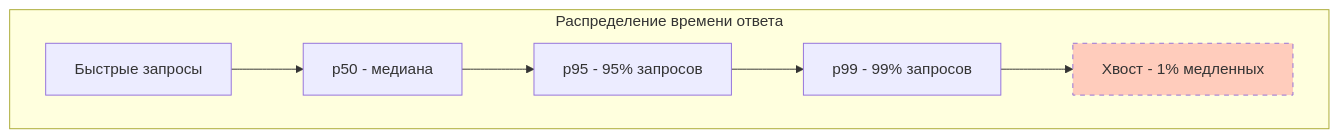
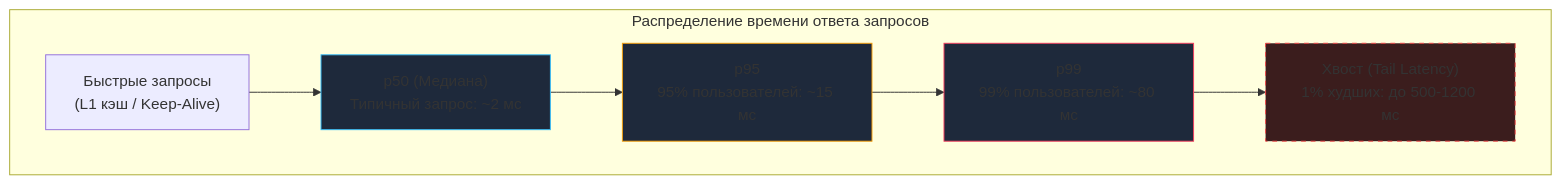
One commit to UnrealTemplier/go-textbook changed the diagram in sources/16. Профилирование, отладка и производительность/01. Фундамент/6. Метрики. p50, p95, p99.md. Above: the diagram before and after it, drawn with Mermaid. The commit also changed other lines of this file, not shown here.

````diff
--- a/sources/16. Профилирование, отладка и производительность/01. Фундамент/6. Метрики. p50, p95, p99.md
+++ b/sources/16. Профилирование, отладка и производительность/01. Фундамент/6. Метрики. p50, p95, p99.md
@@ -18,11 +44,14 @@
 ```mermaid
 flowchart TD
-    subgraph "Распределение времени ответа"
+    subgraph Distribution["Распределение времени ответа запросов"]
         direction LR
-        Fast["Быстрые запросы"] --> Med["p50 - медиана"]
-        Med --> P95["p95 - 95% запросов"]
-        P95 --> P99["p99 - 99% запросов"]
-        P99 --> Tail["Хвост - 1% медленных"]
+        Fast["Быстрые запросы<br>(L1 кэш / Keep-Alive)"] --> Med["p50 (Медиана)<br>Типичный запрос: ~2 мс"]
+        Med --> P95["p95<br>95% пользователей: ~15 мс"]
+        P95 --> P99["p99<br>99% пользователей: ~80 мс"]
+        P99 --> Tail["Хвост (Tail Latency)<br>1% худших: до 500-1200 мс"]
     end
-    style Tail stroke-dasharray: 5,fill:#ffccbc
+    style Tail stroke-dasharray: 5,fill:#3b1d1d,stroke:#ef4444
+    style Med fill:#1e293b,stroke:#38bdf8
+    style P95 fill:#1e293b,stroke:#f59e0b
+    style P99 fill:#1e293b,stroke:#f43f5e
 ```
````
